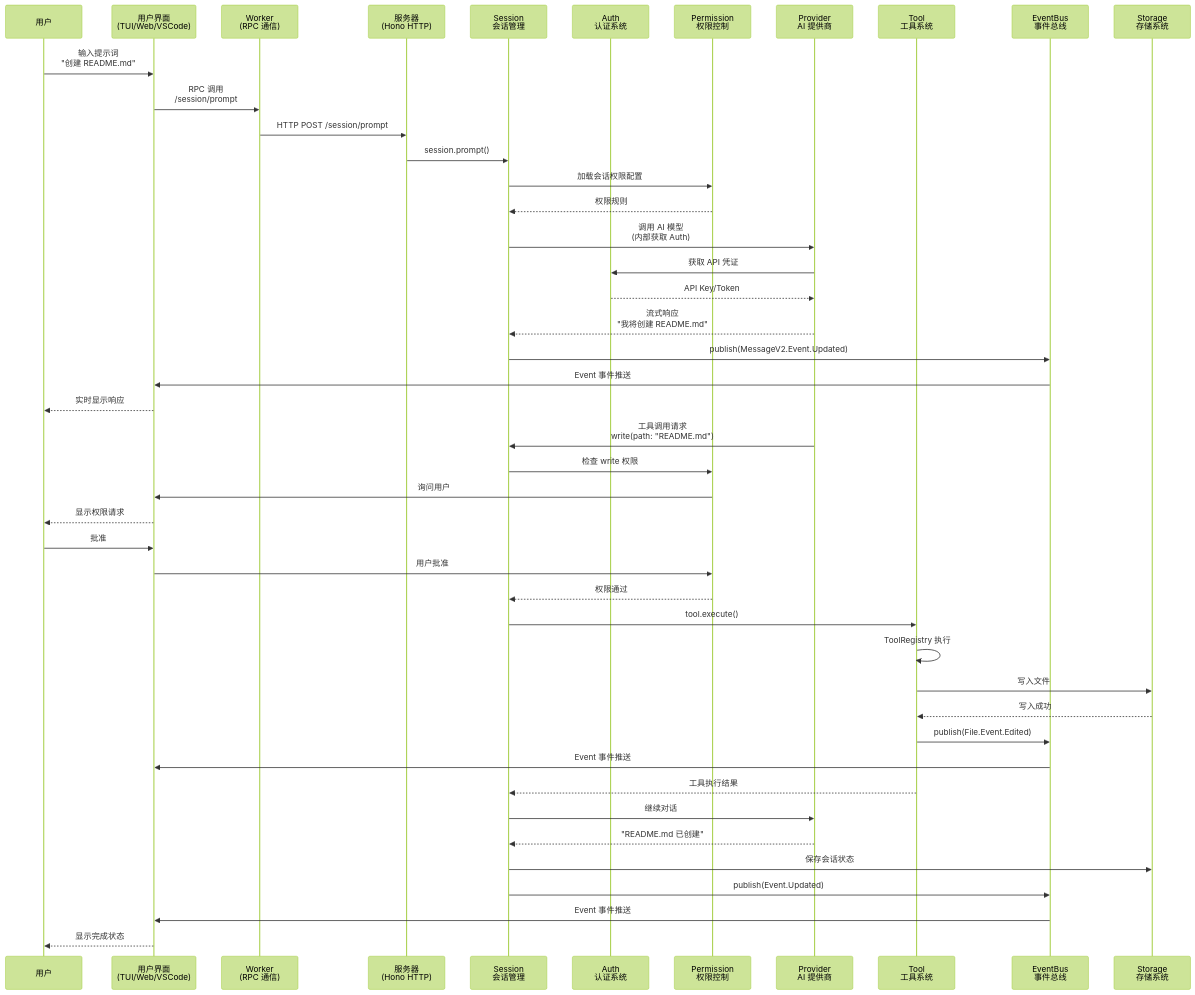
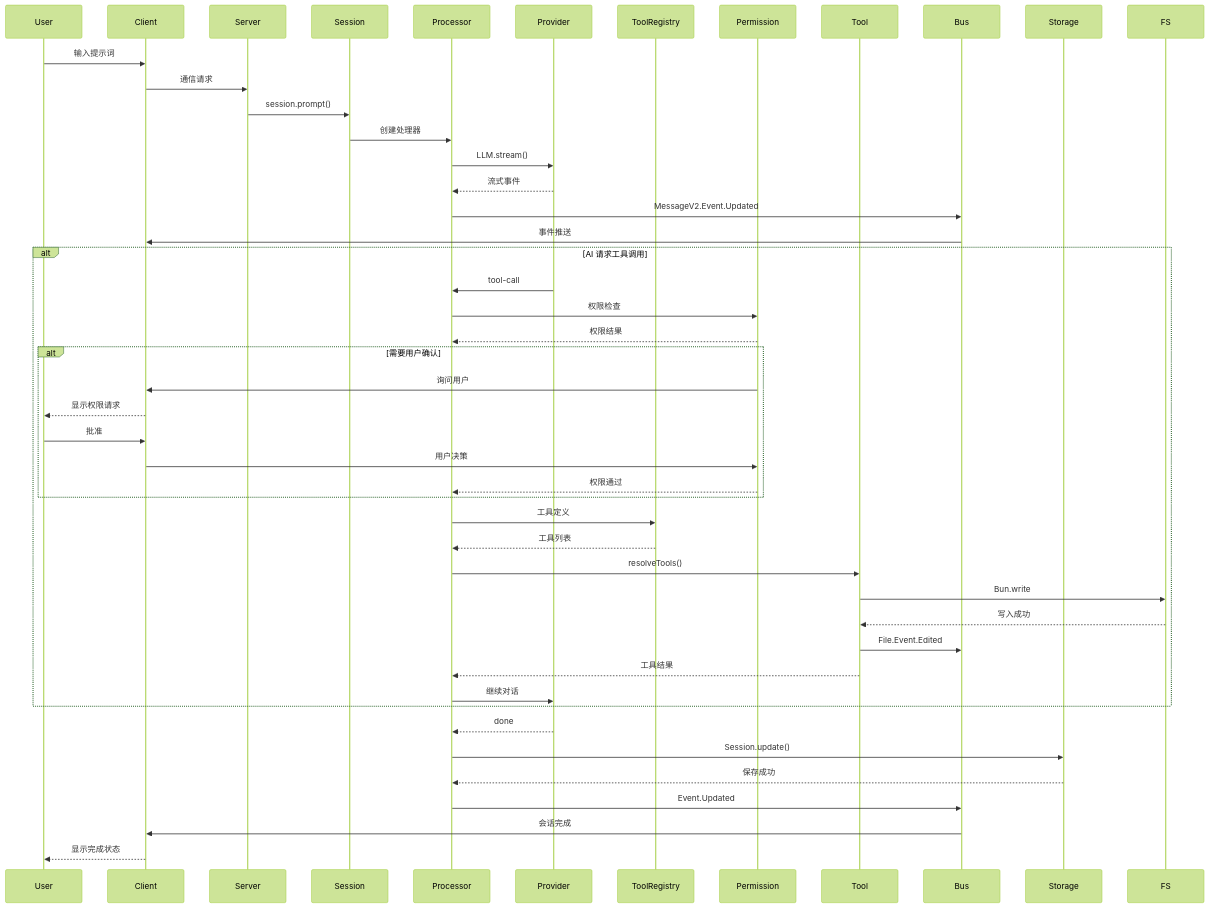
The second of 4 diagrams in docs/book/chapters/01-foundation/00-architecture.md (HelloGGX/opencode), drawn with Mermaid (forest theme) before and after one commit. The commit also changed other lines of this file, not shown here.

````diff
--- a/docs/book/chapters/01-foundation/00-architecture.md
+++ b/docs/book/chapters/01-foundation/00-architecture.md
@@ -661,53 +661,58 @@
 ```mermaid
 sequenceDiagram
-    participant User as 用户
-    participant UI as 用户界面<br/>(TUI/Web/VSCode)
-    participant Worker as Worker<br/>(RPC 通信)
-    participant Server as 服务器<br/>(Hono HTTP)
-    participant Session as Session<br/>会话管理
-    participant Auth as Auth<br/>认证系统
-    participant Permission as Permission<br/>权限控制
-    participant Provider as Provider<br/>AI 提供商
-    participant Tool as Tool<br/>工具系统
-    participant Bus as EventBus<br/>事件总线
-    participant Storage as Storage<br/>存储系统
+    participant User
+    participant Client
+    participant Server
+    participant Session
+    participant Processor
+    participant Provider
+    participant ToolRegistry
+    participant Permission
+    participant Tool
+    participant Bus
+    participant Storage
+    participant FS
     
-    User->>UI: 输入提示词<br/>"创建 README.md"
-    UI->>Worker: RPC 调用<br/>/session/prompt
-    Worker->>Server: HTTP POST /session/prompt
+    User->>Client: 输入提示词
+    Client->>Server: 通信请求
+    
     Server->>Session: session.prompt()
+    Session->>Processor: 创建处理器
+    Processor->>Provider: LLM.stream()
     
-    Session->>Permission: 加载会话权限配置
-    Permission-->>Session: 权限规则
+    Provider-->>Processor: 流式事件
+    Processor->>Bus: MessageV2.Event.Updated
+    Bus->>Client: 事件推送
     
-    Session->>Provider: 调用 AI 模型<br/>(内部获取 Auth)
-    Provider->>Auth: 获取 API 凭证
-    Auth-->>Provider: API Key/Token
-    Provider-->>Session: 流式响应<br/>"我将创建 README.md"
-    Session->>Bus: publish(MessageV2.Event.Updated)
-    Bus->>UI: Event 事件推送
-    UI-->>User: 实时显示响应
+    alt AI 请求工具调用
+        Provider->>Processor: tool-call
+        Processor->>Permission: 权限检查
+        Permission-->>Processor: 权限结果
+        
+        alt 需要用户确认
+            Permission->>Client: 询问用户
+            Client-->>User: 显示权限请求
+            User->>Client: 批准
+            Client->>Permission: 用户决策
+            Permission-->>Processor: 权限通过
+        end
+        
+        Processor->>ToolRegistry: 工具定义
+        ToolRegistry-->>Processor: 工具列表
+        
+        Processor->>Tool: resolveTools()
+        Tool->>FS: Bun.write
+        FS-->>Tool: 写入成功
+        Tool->>Bus: File.Event.Edited
+        Tool-->>Processor: 工具结果
+        
+        Processor->>Provider: 继续对话
+    end
     
-    Provider->>Session: 工具调用请求<br/>write(path: "README.md")
-    Session->>Permission: 检查 write 权限
-    Permission->>UI: 询问用户
-    UI-->>User: 显示权限请求
-    User->>UI: 批准
-    UI->>Permission: 用户批准
-    Permission-->>Session: 权限通过
-    
-    Session->>Tool: tool.execute()
-    Tool->>Tool: ToolRegistry 执行
-    Tool->>Storage: 写入文件
-    Storage-->>Tool: 写入成功
-    Tool->>Bus: publish(File.Event.Edited)
-    Bus->>UI: Event 事件推送
-    Tool-->>Session: 工具执行结果
-    
-    Session->>Provider: 继续对话
-    Provider-->>Session: "README.md 已创建"
-    Session->>Storage: 保存会话状态
-    Session->>Bus: publish(Event.Updated)
-    Bus->>UI: Event 事件推送
-    UI-->>User: 显示完成状态
+    Provider-->>Processor: done
+    Processor->>Storage: Session.update()
+    Storage-->>Processor: 保存成功
+    Processor->>Bus: Event.Updated
+    Bus->>Client: 会话完成
+    Client-->>User: 显示完成状态
 ```
````
